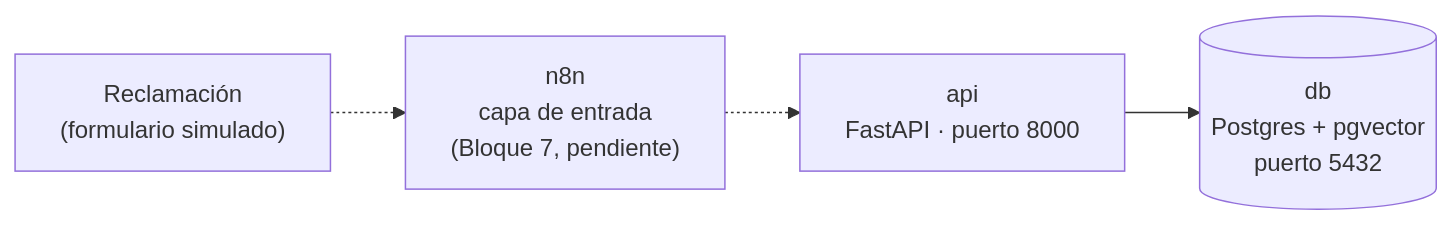
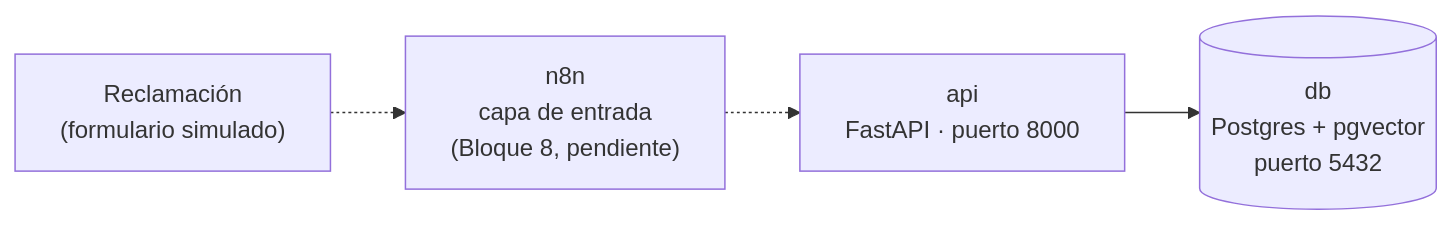
One commit to silbertvb/claimtrace changed the diagram in docs/architecture.md. Above: the diagram before and after it, drawn with Mermaid. The commit also changed other lines of this file and 6 other files, not shown here.

````diff
--- a/docs/architecture.md
+++ b/docs/architecture.md
@@ -8,11 +8,11 @@
 ```mermaid
 flowchart LR
     usuario["Reclamación<br/>(formulario simulado)"]
-    n8n["n8n<br/>capa de entrada<br/>(Bloque 7, pendiente)"]
+    n8n["n8n<br/>capa de entrada<br/>(Bloque 8, pendiente)"]
     api["api<br/>FastAPI · puerto 8000"]
     db[("db<br/>Postgres + pgvector<br/>puerto 5432")]
 
     usuario -.-> n8n
     n8n -.-> api
     api --> db
 ```
````
